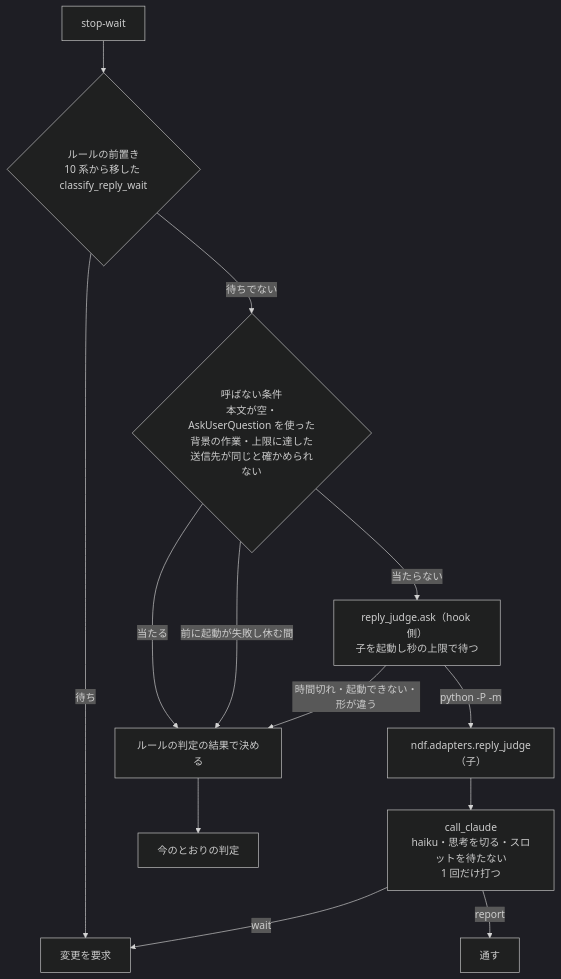
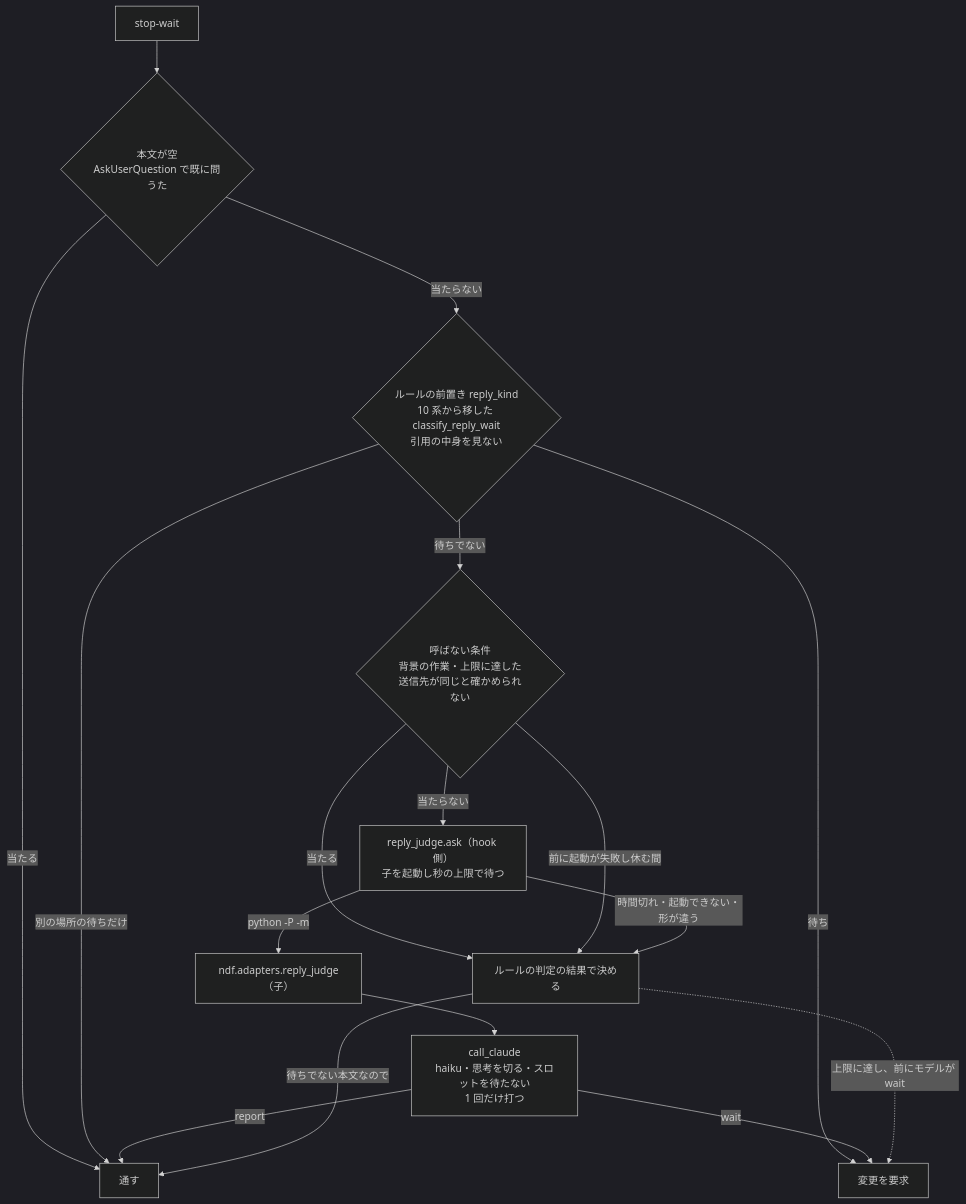
One commit to devbasex/ai-plugins changed the second of 3 diagrams in issues/issue-4000-design.md. Above: the diagram before and after it, drawn with Mermaid (dark theme). The commit also changed other lines of this file and 3 other files, not shown here.

First line of the commit message:
Docs: #4000 の stop-wait の順序と、モデルを呼べない Stop の結果をルールの前置きにそろえる

````diff
--- a/issues/issue-4000-design.md
+++ b/issues/issue-4000-design.md
@@ -47,15 +47,19 @@
 ```mermaid
 flowchart TB
-  SW[stop-wait] --> RL{ルールの前置き<br/>10 系から移した classify_reply_wait}
+  SW[stop-wait] --> PRE{本文が空<br/>AskUserQuestion で既に問うた}
+  PRE -->|当たる| PS
+  PRE -->|当たらない| RL{ルールの前置き reply_kind<br/>10 系から移した classify_reply_wait<br/>引用の中身を見ない}
   RL -->|待ち| PB
-  RL -->|待ちでない| SK{呼ばない条件<br/>本文が空・AskUserQuestion を使った<br/>背景の作業・上限に達した<br/>送信先が同じと確かめられない}
+  RL -->|別の場所の待ちだけ| PS
+  RL -->|待ちでない| SK{呼ばない条件<br/>背景の作業・上限に達した<br/>送信先が同じと確かめられない}
   SK -->|当たる| FB[ルールの判定の結果で決める]
   SK -->|前に起動が失敗し休む間| FB
   SK -->|当たらない| HJ[reply_judge.ask（hook 側）<br/>子を起動し秒の上限で待つ]
   HJ -->|python -P -m| CH[ndf.adapters.reply_judge（子）]
   CH --> CL[call_claude<br/>haiku・思考を切る・スロットを待たない<br/>1 回だけ打つ]
   CL -->|wait| PB[変更を要求]
   CL -->|report| PS[通す]
   HJ -->|時間切れ・起動できない・形が違う| FB
-  FB --> V[今のとおりの判定]
+  FB -->|待ちでない本文なので| PS
+  FB -.->|上限に達し、前にモデルが wait| PB
 ```
````
